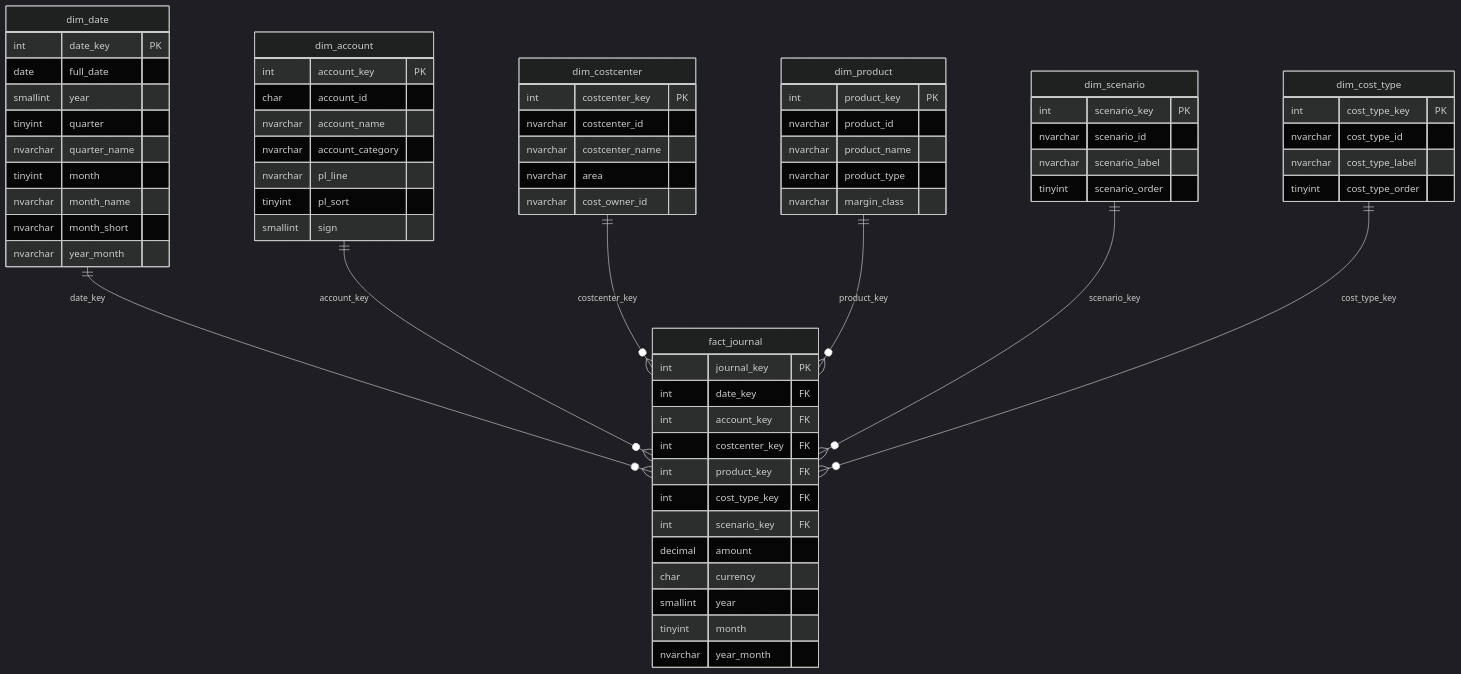
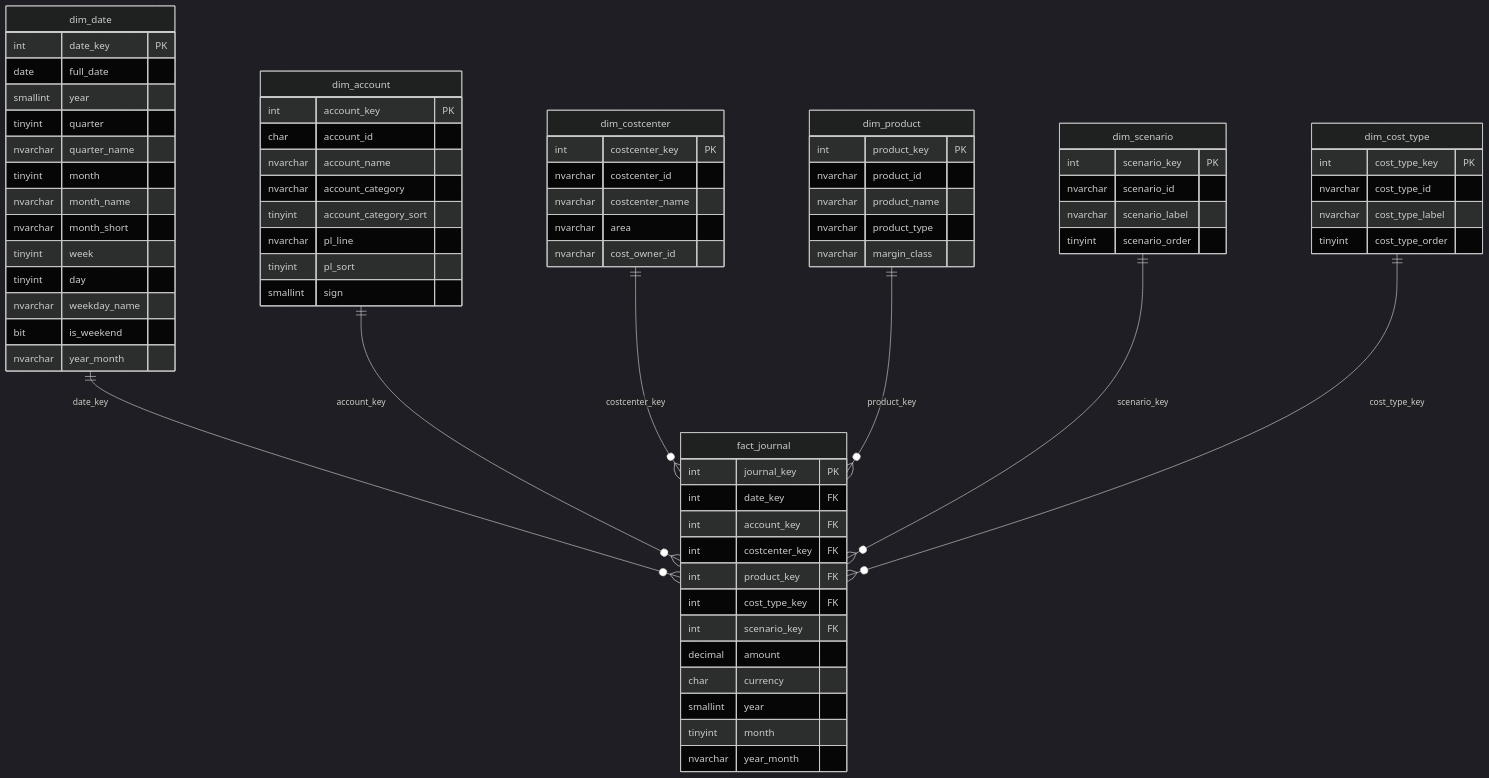
One commit to BGurklies/ControlView changed the diagram in README.md. Above: the diagram before and after it, drawn with Mermaid (dark theme). The commit also changed other lines of this file and 7 other files, not shown here.

````diff
--- a/README.md
+++ b/README.md
@@ -74,70 +74,75 @@
 ```mermaid
 erDiagram
     dim_date {
         int date_key PK
         date full_date
         smallint year
         tinyint quarter
         nvarchar quarter_name
         tinyint month
         nvarchar month_name
         nvarchar month_short
+        tinyint week
+        tinyint day
+        nvarchar weekday_name
+        bit is_weekend
         nvarchar year_month
     }
     dim_account {
         int account_key PK
         char account_id
         nvarchar account_name
         nvarchar account_category
+        tinyint account_category_sort
         nvarchar pl_line
         tinyint pl_sort
         smallint sign
     }
     dim_costcenter {
         int costcenter_key PK
         nvarchar costcenter_id
         nvarchar costcenter_name
         nvarchar area
         nvarchar cost_owner_id
     }
     dim_product {
         int product_key PK
         nvarchar product_id
         nvarchar product_name
         nvarchar product_type
         nvarchar margin_class
     }
     dim_scenario {
         int scenario_key PK
         nvarchar scenario_id
         nvarchar scenario_label
         tinyint scenario_order
     }
     dim_cost_type {
         int cost_type_key PK
         nvarchar cost_type_id
         nvarchar cost_type_label
         tinyint cost_type_order
     }
     fact_journal {
         int journal_key PK
         int date_key FK
         int account_key FK
         int costcenter_key FK
         int product_key FK
         int cost_type_key FK
         int scenario_key FK
         decimal amount
         char currency
         smallint year
         tinyint month
         nvarchar year_month
     }
 
     dim_date      ||--o{ fact_journal : "date_key"
     dim_account   ||--o{ fact_journal : "account_key"
     dim_costcenter||--o{ fact_journal : "costcenter_key"
     dim_product   ||--o{ fact_journal : "product_key"
     dim_scenario  ||--o{ fact_journal : "scenario_key"
     dim_cost_type ||--o{ fact_journal : "cost_type_key"
 ```
````
